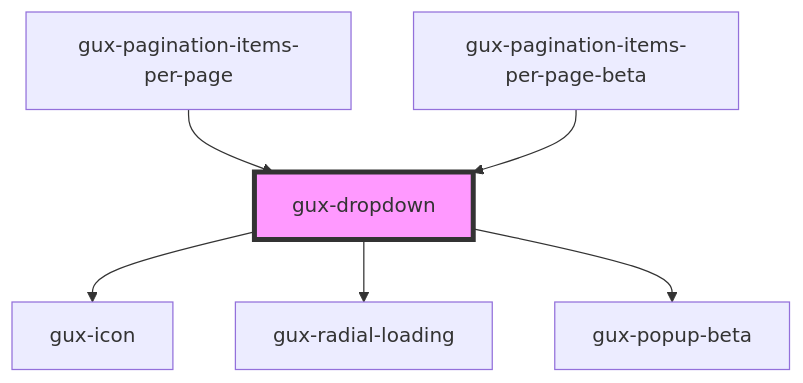
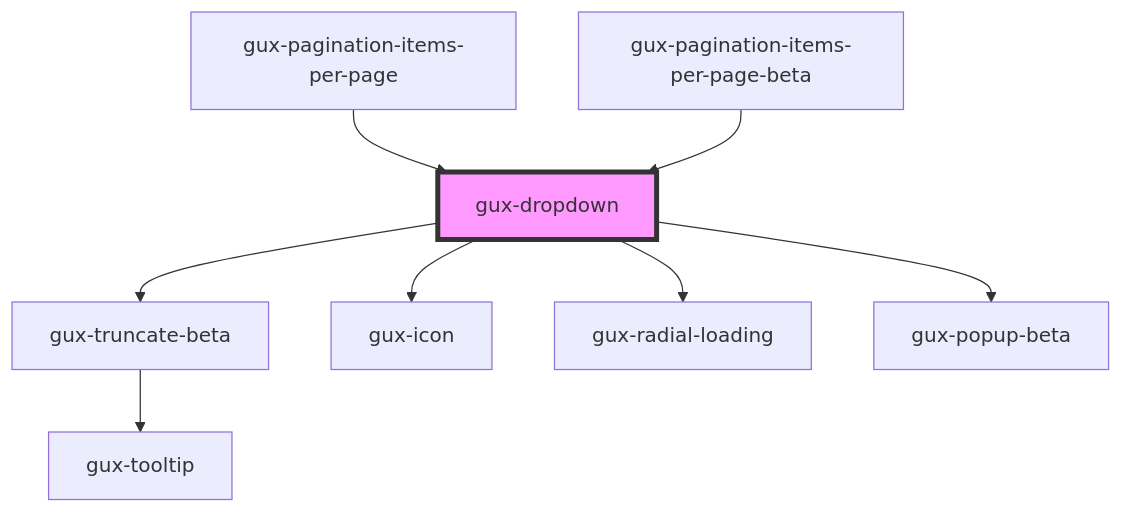
Before and after one commit to MyPureCloud/genesys-spark: the diagram in packages/genesys-spark-components/src/components/stable/gux-dropdown/readme.md, drawn with Mermaid. The commit also changed other lines of this file and 23 other files, not shown here.

First line of the commit message:
fix(gux-dropdown): truncate long text and show tooltip (#1237)

````diff
--- a/packages/genesys-spark-components/src/components/stable/gux-dropdown/readme.md
+++ b/packages/genesys-spark-components/src/components/stable/gux-dropdown/readme.md
@@ -57,9 +58,11 @@
 ```mermaid
 graph TD;
+  gux-dropdown --> gux-truncate-beta
   gux-dropdown --> gux-icon
   gux-dropdown --> gux-radial-loading
   gux-dropdown --> gux-popup-beta
+  gux-truncate-beta --> gux-tooltip
   gux-pagination-items-per-page --> gux-dropdown
   gux-pagination-items-per-page-beta --> gux-dropdown
   style gux-dropdown fill:#f9f,stroke:#333,stroke-width:4px
 ```
````
